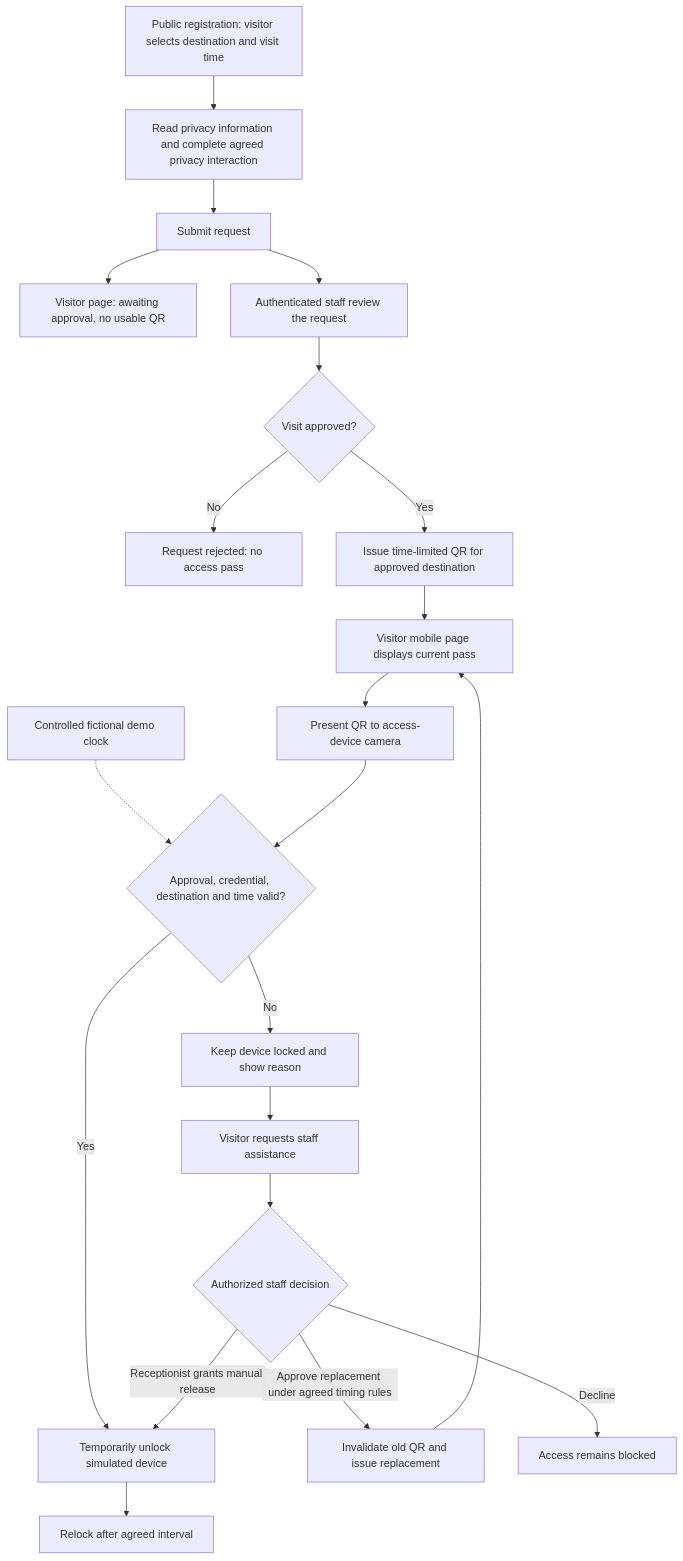
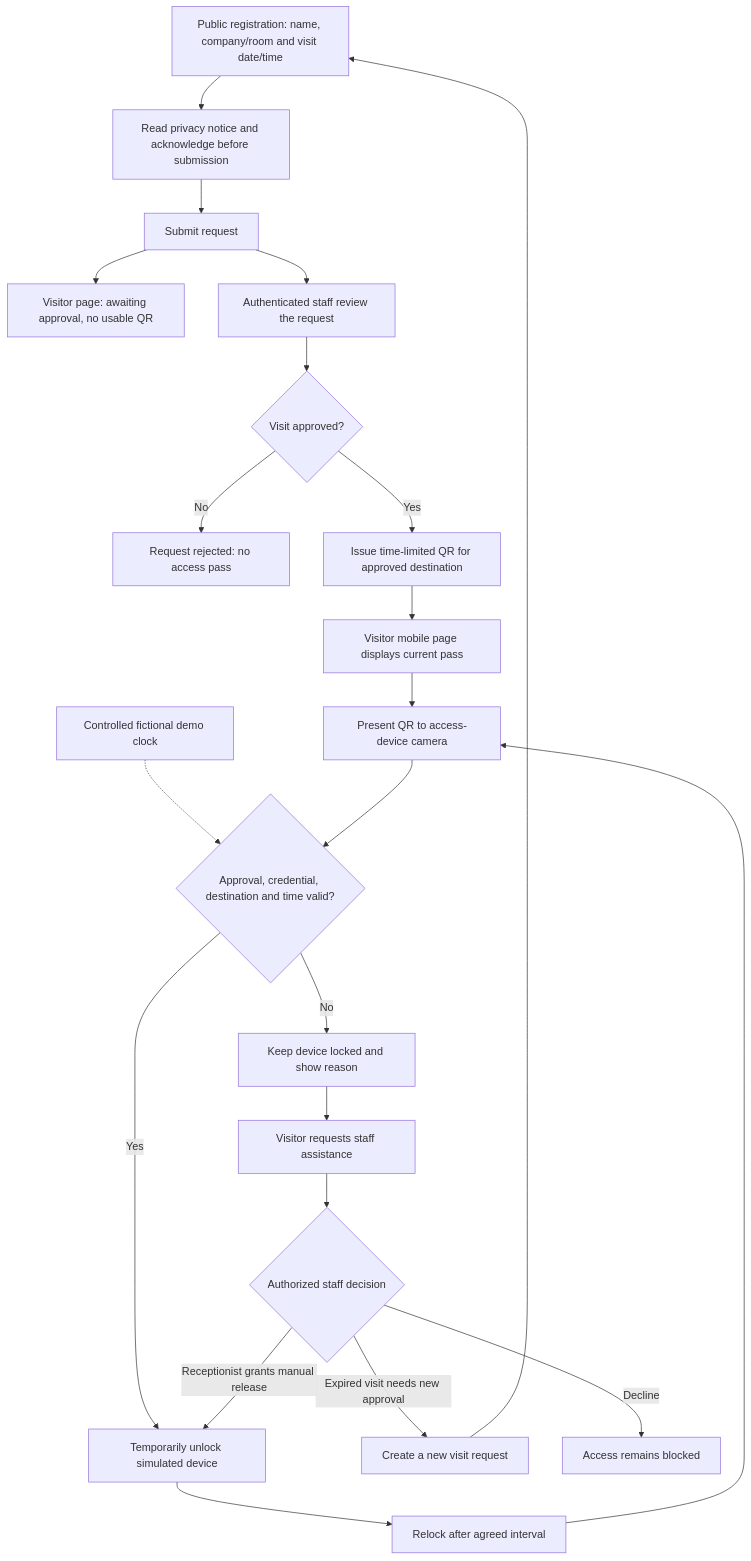
One commit to lipex360x/Heaven-Access changed the second of 2 diagrams in docs/flow.md. Above: the diagram before and after it, drawn with Mermaid. The commit also changed other lines of this file and 11 other files, not shown here.

````diff
--- a/docs/flow.md
+++ b/docs/flow.md
@@ -22,24 +22,25 @@
 ```mermaid
 flowchart TD
-    A[Public registration: visitor selects destination and visit time]
-    A --> B[Read privacy information and complete agreed privacy interaction]
+    A[Public registration: name, company/room and visit date/time]
+    A --> B[Read privacy notice and acknowledge before submission]
     B --> C[Submit request]
     C --> D[Visitor page: awaiting approval, no usable QR]
     C --> E[Authenticated staff review the request]
     E --> F{Visit approved?}
     F -->|No| G[Request rejected: no access pass]
     F -->|Yes| H[Issue time-limited QR for approved destination]
     H --> I[Visitor mobile page displays current pass]
     I --> J[Present QR to access-device camera]
     T[Controlled fictional demo clock] -.-> K
     J --> K{Approval, credential, destination and time valid?}
     K -->|Yes| L[Temporarily unlock simulated device]
     K -->|No| M[Keep device locked and show reason]
     M --> N[Visitor requests staff assistance]
     N --> O{Authorized staff decision}
-    O -->|Approve replacement under agreed timing rules| P[Invalidate old QR and issue replacement]
-    P --> I
+    O -->|Expired visit needs new approval| P[Create a new visit request]
+    P --> A
     O -->|Receptionist grants manual release| L
     O -->|Decline| Q[Access remains blocked]
     L --> R[Relock after agreed interval]
+    R --> J
 ```
````
